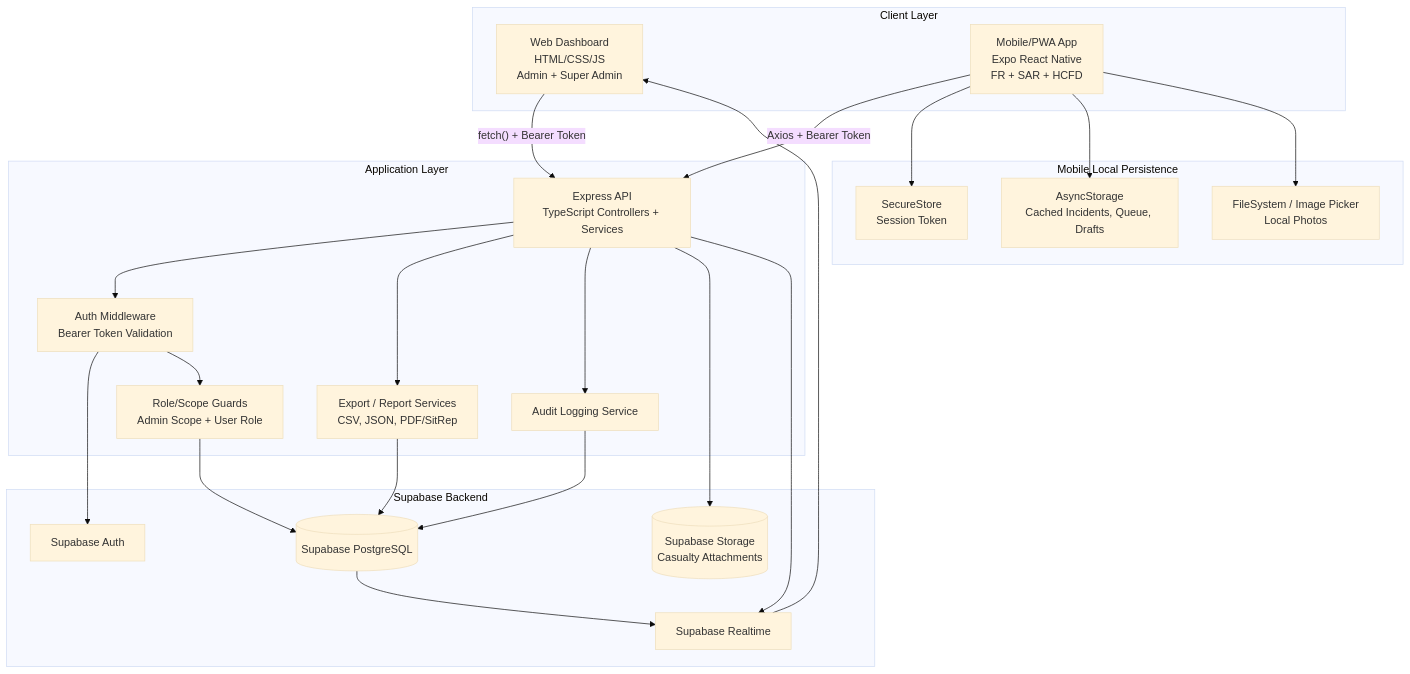
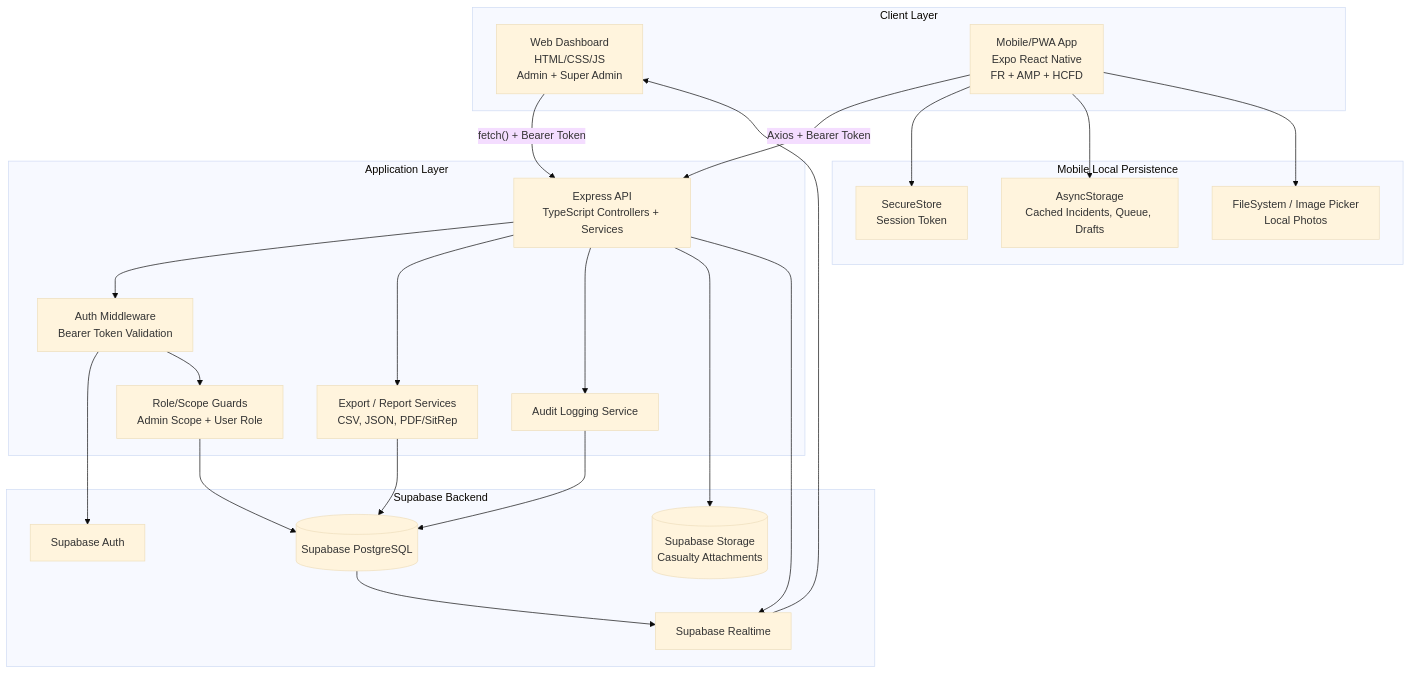
One commit to jlgallajones/upmanila changed the first of 13 diagrams in disaster-casualty-system/SYSTEM_ARCHITECTURE_AND_DATABASE_SCHEMA.md. Above: the diagram before and after it, drawn with Mermaid (base theme). The commit also changed other lines of this file and 15 other files, not shown here.

````diff
--- a/disaster-casualty-system/SYSTEM_ARCHITECTURE_AND_DATABASE_SCHEMA.md
+++ b/disaster-casualty-system/SYSTEM_ARCHITECTURE_AND_DATABASE_SCHEMA.md
@@ -16,50 +16,50 @@
 ```mermaid
 flowchart TD
   subgraph Clients["Client Layer"]
     Web["Web Dashboard\nHTML/CSS/JS\nAdmin + Super Admin"]
-    Mobile["Mobile/PWA App\nExpo React Native\nFR + SAR + HCFD"]
+    Mobile["Mobile/PWA App\nExpo React Native\nFR + AMP + HCFD"]
   end
 
   subgraph ApiLayer["Application Layer"]
     API["Express API\nTypeScript Controllers + Services"]
     AuthMiddleware["Auth Middleware\nBearer Token Validation"]
     RoleGuards["Role/Scope Guards\nAdmin Scope + User Role"]
     ExportService["Export / Report Services\nCSV, JSON, PDF/SitRep"]
     AuditService["Audit Logging Service"]
   end
 
   subgraph Supabase["Supabase Backend"]
     SupabaseAuth["Supabase Auth"]
     DB[("Supabase PostgreSQL")]
     Storage[("Supabase Storage\nCasualty Attachments")]
     Realtime["Supabase Realtime"]
   end
 
   subgraph LocalMobile["Mobile Local Persistence"]
     SecureStore["SecureStore\nSession Token"]
     AsyncStorage["AsyncStorage\nCached Incidents, Queue, Drafts"]
     FileSystem["FileSystem / Image Picker\nLocal Photos"]
   end
 
   Web -->|"fetch() + Bearer Token"| API
   Mobile -->|"Axios + Bearer Token"| API
 
   Mobile --> SecureStore
   Mobile --> AsyncStorage
   Mobile --> FileSystem
 
   API --> AuthMiddleware
   AuthMiddleware --> SupabaseAuth
   AuthMiddleware --> RoleGuards
   RoleGuards --> DB
 
   API --> ExportService
   API --> AuditService
   API --> Storage
   API --> Realtime
 
   ExportService --> DB
   AuditService --> DB
   DB --> Realtime
   Realtime --> Web
 ```
````
